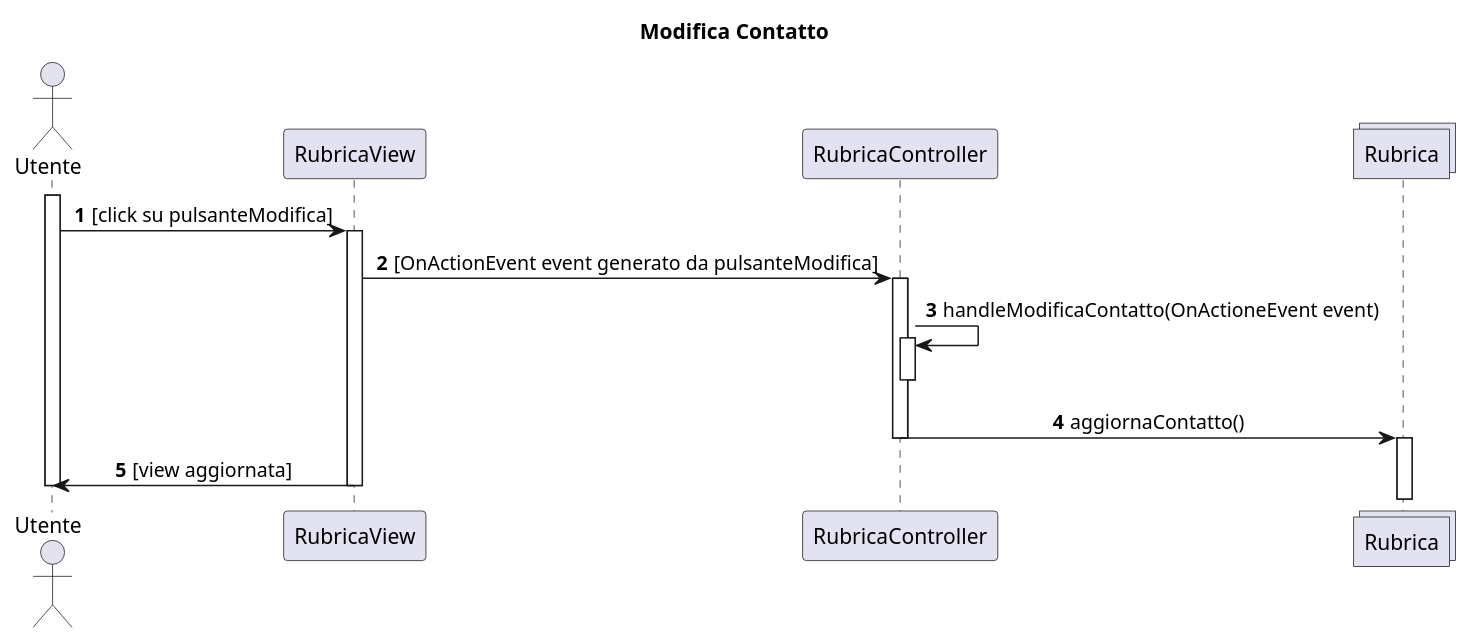
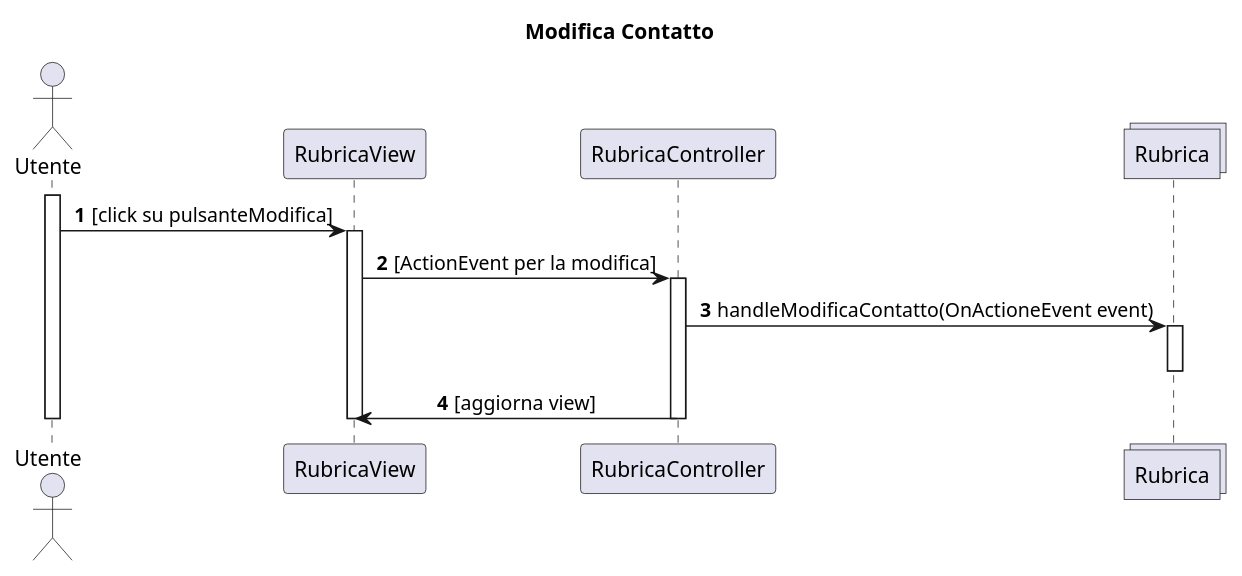
Before and after one commit to emanueletocci/uni-swe-project: the diagram in docs/bozze/Diagrammi/Sequenza2/ScenarioModificaContatto.puml, drawn with PlantUML. The commit also changed 1 other file, not shown here.

```diff
--- a/docs/bozze/Diagrammi/Sequenza2/ScenarioModificaContatto.puml
+++ b/docs/bozze/Diagrammi/Sequenza2/ScenarioModificaContatto.puml
@@ -1,25 +1,22 @@
 @startuml
 title Modifica Contatto
 autonumber
 actor Utente
 participant RubricaView
 participant RubricaController
 collections Rubrica
 activate Utente
 skinparam sequenceMessageAlign center
 Utente->RubricaView: [click su pulsanteModifica]
 activate RubricaView
-RubricaView->RubricaController: [OnActionEvent event generato da pulsanteModifica]
+RubricaView->RubricaController:[ActionEvent per la modifica]
 activate RubricaController
-RubricaController -> RubricaController:handleModificaContatto(OnActioneEvent event)
-activate RubricaController
-deactivate RubricaController
-RubricaController->Rubrica: aggiornaContatto()
-deactivate RubricaController
+RubricaController -> Rubrica:handleModificaContatto(OnActioneEvent event)
 activate Rubrica
 deactivate Rubrica
-RubricaView->Utente:[view aggiornata]
+RubricaController->RubricaView:[aggiorna view]
+deactivate RubricaController
 deactivate RubricaView
 deactivate Utente
 
 @enduml
```
